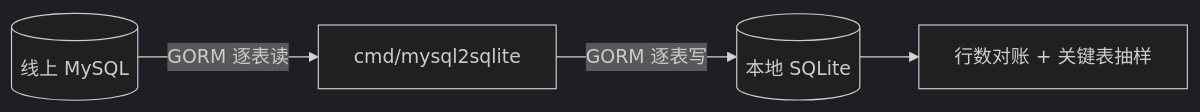
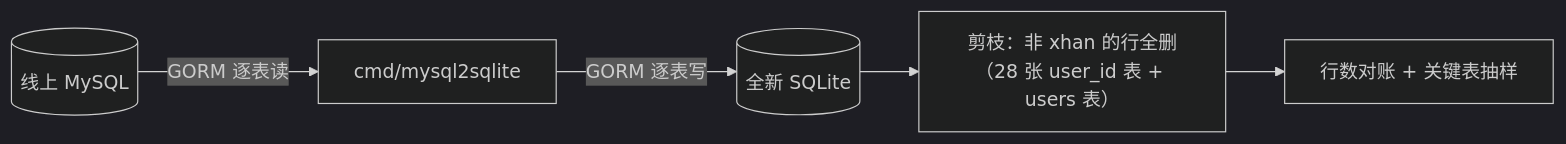
Before and after one commit to xHanJiao/xhanHelper: the tenth of 12 diagrams in docs/design/local-sqlite/design.md, drawn with Mermaid (dark theme). The commit also changed other lines of this file and 1 other file, not shown here.

First line of the commit message:
docs(local-sqlite): 本地单用户 + Touch ID + 迁移剪枝

````diff
--- a/docs/design/local-sqlite/design.md
+++ b/docs/design/local-sqlite/design.md
@@ -382,6 +392,7 @@
 ```mermaid
 flowchart LR
     MY[("线上 MySQL")] -->|GORM 逐表读| EX[cmd/mysql2sqlite]
-    EX -->|GORM 逐表写| SQ[("本地 SQLite")]
-    SQ --> RC[行数对账 + 关键表抽样]
+    EX -->|GORM 逐表写| SQ[("全新 SQLite")]
+    SQ --> PR["剪枝：非 xhan 的行全删<br/>（28 张 user_id 表 + users 表）"]
+    PR --> RC[行数对账 + 关键表抽样]
 ```
````
